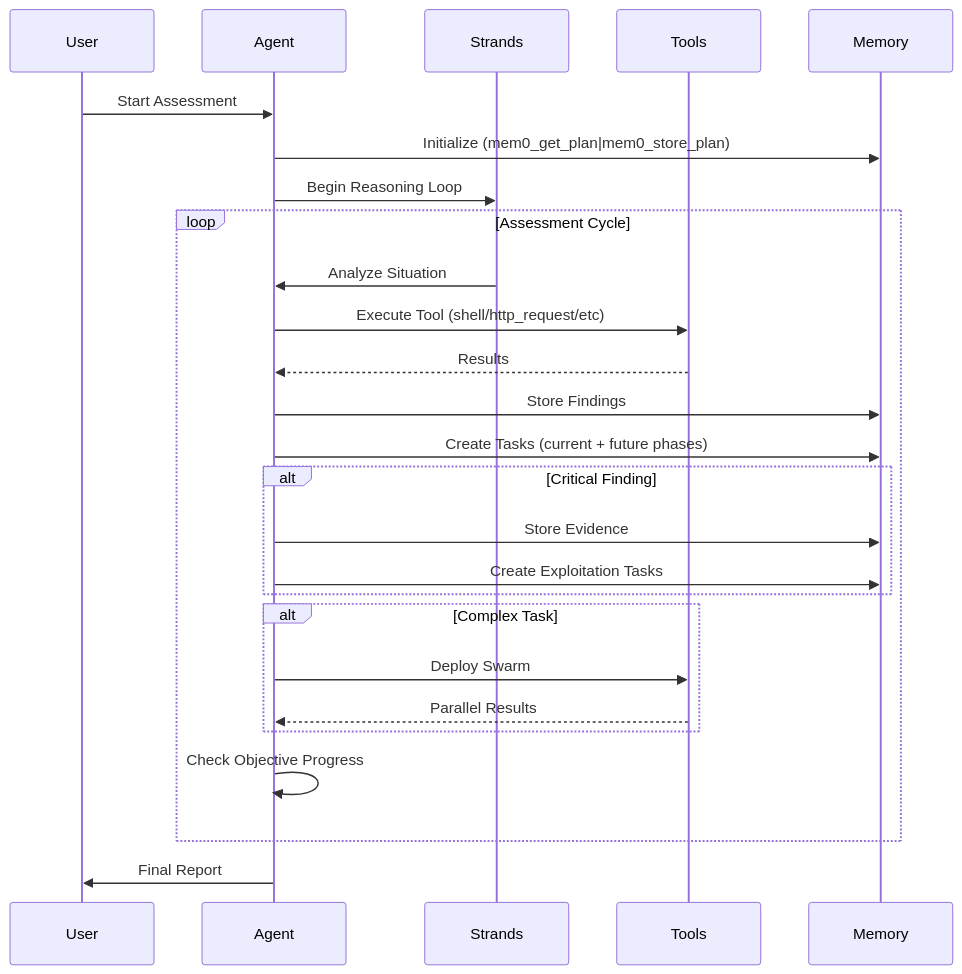
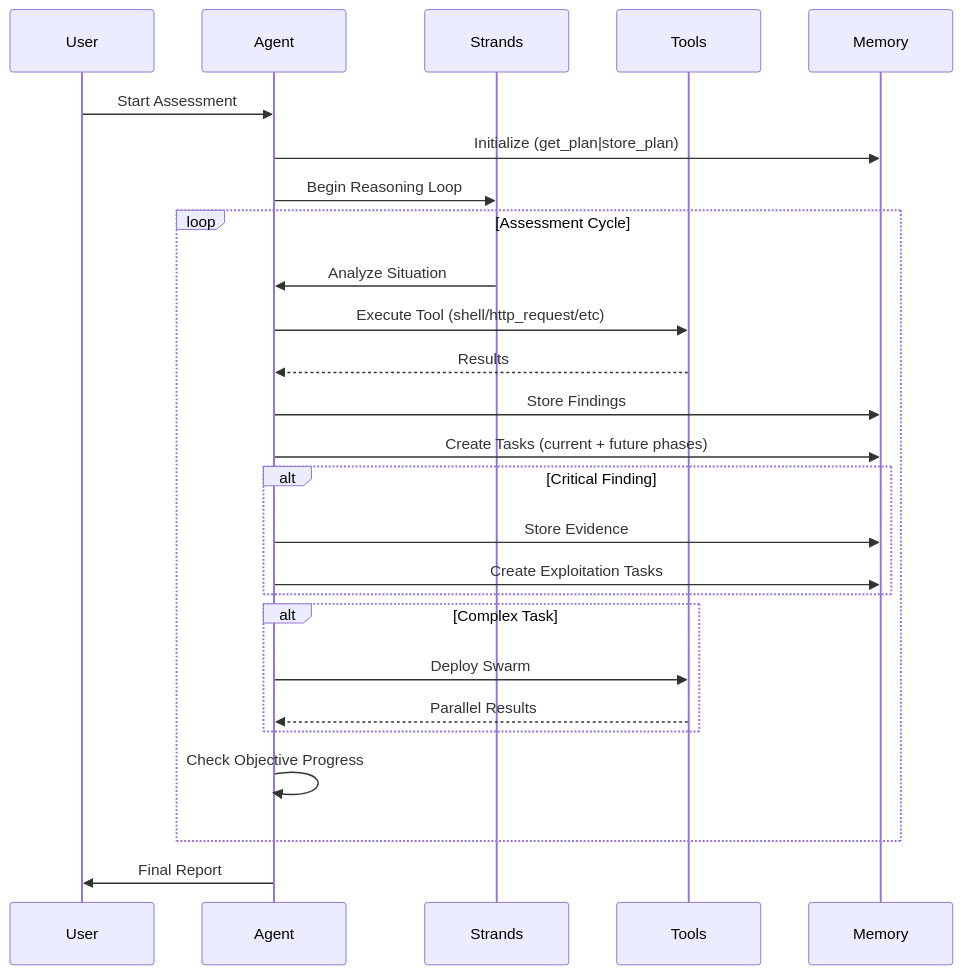
One commit to double16/Cyber-AutoAgent-ng changed the second of 5 diagrams in docs/architecture.md. Above: the diagram before and after it, drawn with Mermaid. The commit also changed other lines of this file and 93 other files, not shown here.

First line of the commit message:
Store plan and tasks in sqlite (#90)

````diff
--- a/docs/architecture.md
+++ b/docs/architecture.md
@@ -82,34 +82,34 @@
 ```mermaid
 sequenceDiagram
     participant User
     participant Agent
     participant Strands
     participant Tools
     participant Memory
     
     User->>Agent: Start Assessment
-    Agent->>Memory: Initialize (mem0_get_plan|mem0_store_plan)
+    Agent->>Memory: Initialize (get_plan|store_plan)
     Agent->>Strands: Begin Reasoning Loop
     
     loop Assessment Cycle
         Strands->>Agent: Analyze Situation
         Agent->>Tools: Execute Tool (shell/http_request/etc)
         Tools-->>Agent: Results
         Agent->>Memory: Store Findings
         Agent->>Memory: Create Tasks (current + future phases)
 
         alt Critical Finding
             Agent->>Memory: Store Evidence
             Agent->>Memory: Create Exploitation Tasks
         end
         
         alt Complex Task
             Agent->>Tools: Deploy Swarm
             Tools-->>Agent: Parallel Results
         end
         
         Agent->>Agent: Check Objective Progress
     end
     
     Agent->>User: Final Report
 ```
````
